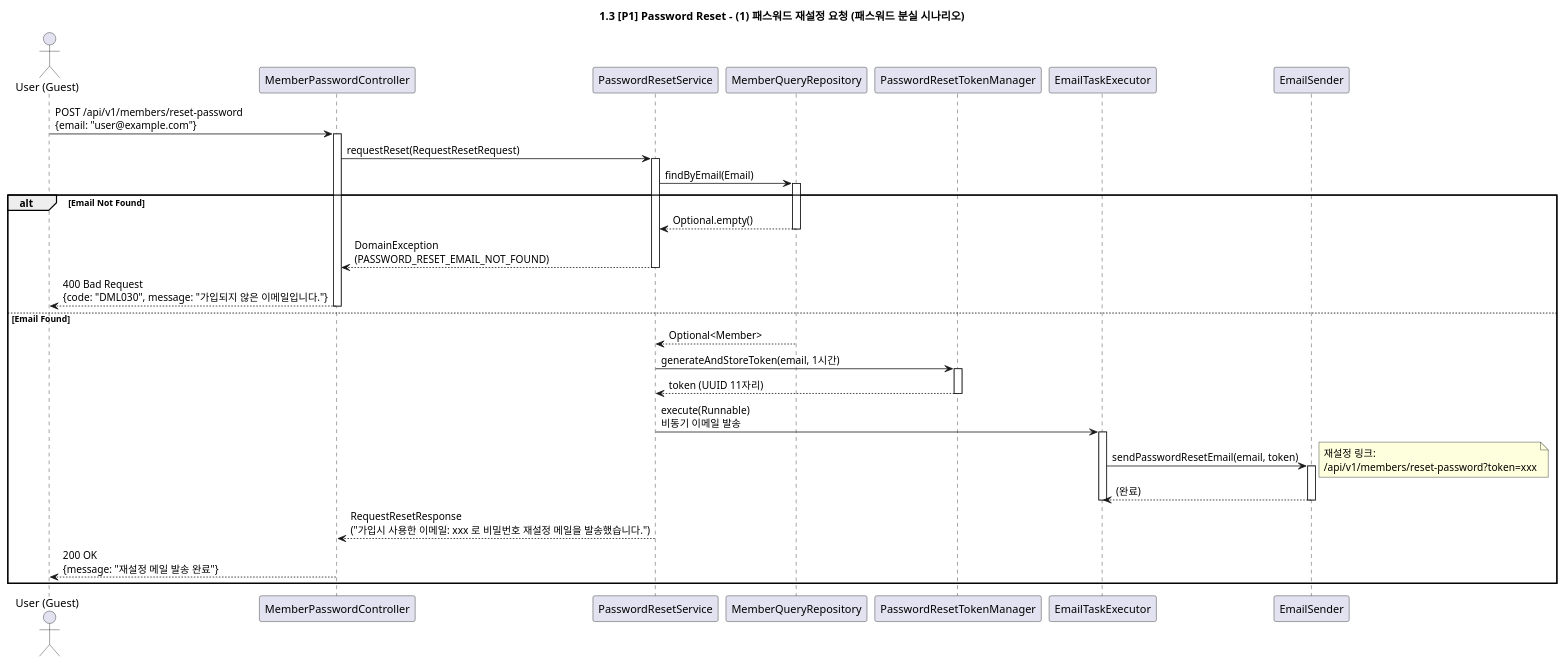
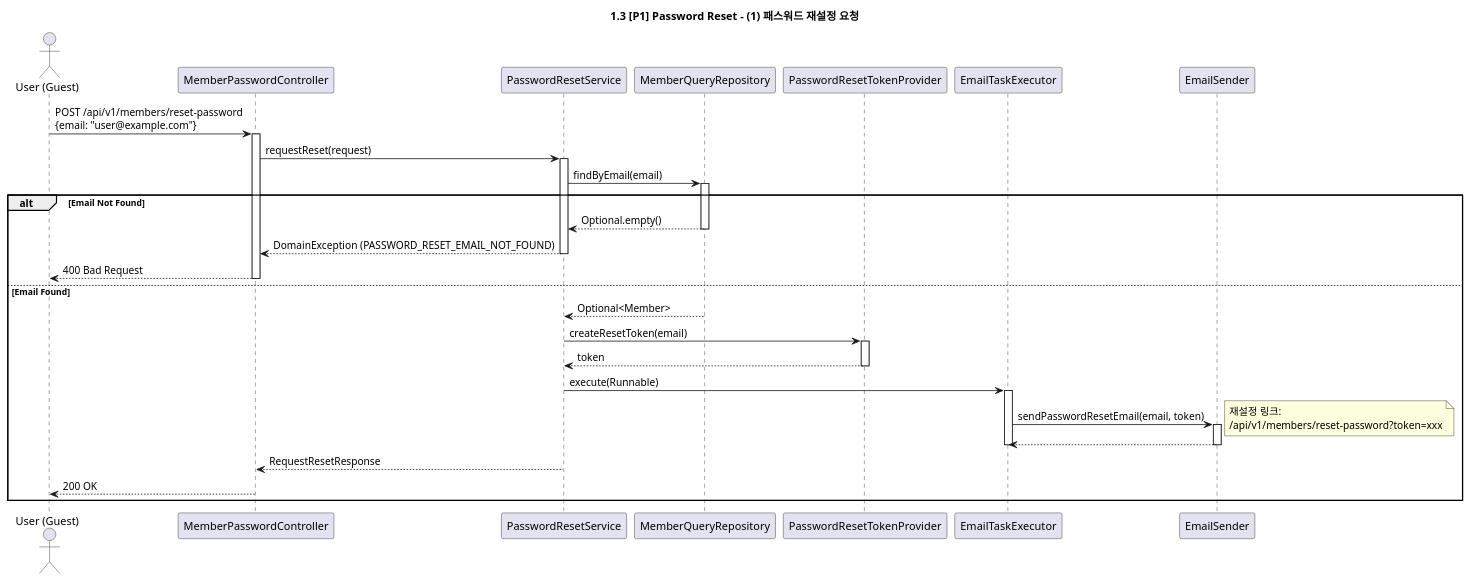
The diagram in docs/sequences/1.3_password_reset_request.puml (f-lab-edu/learning-manager), drawn with PlantUML before and after one commit. The commit also changed 49 other files, not shown here.

```diff
--- a/docs/sequences/1.3_password_reset_request.puml
+++ b/docs/sequences/1.3_password_reset_request.puml
@@ -1,52 +1,52 @@
 @startuml
 
-title 1.3 [P1] Password Reset - (1) 패스워드 재설정 요청 (패스워드 분실 시나리오)
+title 1.3 [P1] Password Reset - (1) 패스워드 재설정 요청
 
 actor "User (Guest)" as User
 participant "MemberPasswordController" as Controller
 participant "PasswordResetService" as AppService
 participant "MemberQueryRepository" as QueryRepository
-participant "PasswordResetTokenManager" as TokenManager
+participant "PasswordResetTokenProvider" as TokenProvider
 participant "EmailTaskExecutor" as TaskExecutor
 participant "EmailSender" as EmailAdapter
 
 User -> Controller: POST /api/v1/members/reset-password\n{email: "user@example.com"}
 activate Controller
 
-Controller -> AppService: requestReset(RequestResetRequest)
+Controller -> AppService: requestReset(request)
 activate AppService
 
-AppService -> QueryRepository: findByEmail(Email)
+AppService -> QueryRepository: findByEmail(email)
 activate QueryRepository
 alt Email Not Found
     QueryRepository --> AppService: Optional.empty()
     deactivate QueryRepository
-    AppService --> Controller: DomainException\n(PASSWORD_RESET_EMAIL_NOT_FOUND)
+    AppService --> Controller: DomainException (PASSWORD_RESET_EMAIL_NOT_FOUND)
     deactivate AppService
-    Controller --> User: 400 Bad Request\n{code: "DML030", message: "가입되지 않은 이메일입니다."}
+    Controller --> User: 400 Bad Request
     deactivate Controller
 else Email Found
     QueryRepository --> AppService: Optional<Member>
     deactivate QueryRepository
 
-    AppService -> TokenManager: generateAndStoreToken(email, 1시간)
-    activate TokenManager
-    TokenManager --> AppService: token (UUID 11자리)
-    deactivate TokenManager
+    AppService -> TokenProvider: createResetToken(email)
+    activate TokenProvider
+    TokenProvider --> AppService: token
+    deactivate TokenProvider
 
-    AppService -> TaskExecutor: execute(Runnable)\n비동기 이메일 발송
+    AppService -> TaskExecutor: execute(Runnable)
     activate TaskExecutor
     TaskExecutor -> EmailAdapter: sendPasswordResetEmail(email, token)
     activate EmailAdapter
     note right: 재설정 링크:\n/api/v1/members/reset-password?token=xxx
-    EmailAdapter --> TaskExecutor: (완료)
+    EmailAdapter --> TaskExecutor
     deactivate EmailAdapter
     deactivate TaskExecutor
 
-    AppService --> Controller: RequestResetResponse\n("가입시 사용한 이메일: xxx 로 비밀번호 재설정 메일을 발송했습니다.")
+    AppService --> Controller: RequestResetResponse
     deactivate AppService
 
-    Controller --> User: 200 OK\n{message: "재설정 메일 발송 완료"}
+    Controller --> User: 200 OK
     deactivate Controller
 end
 @enduml
```
